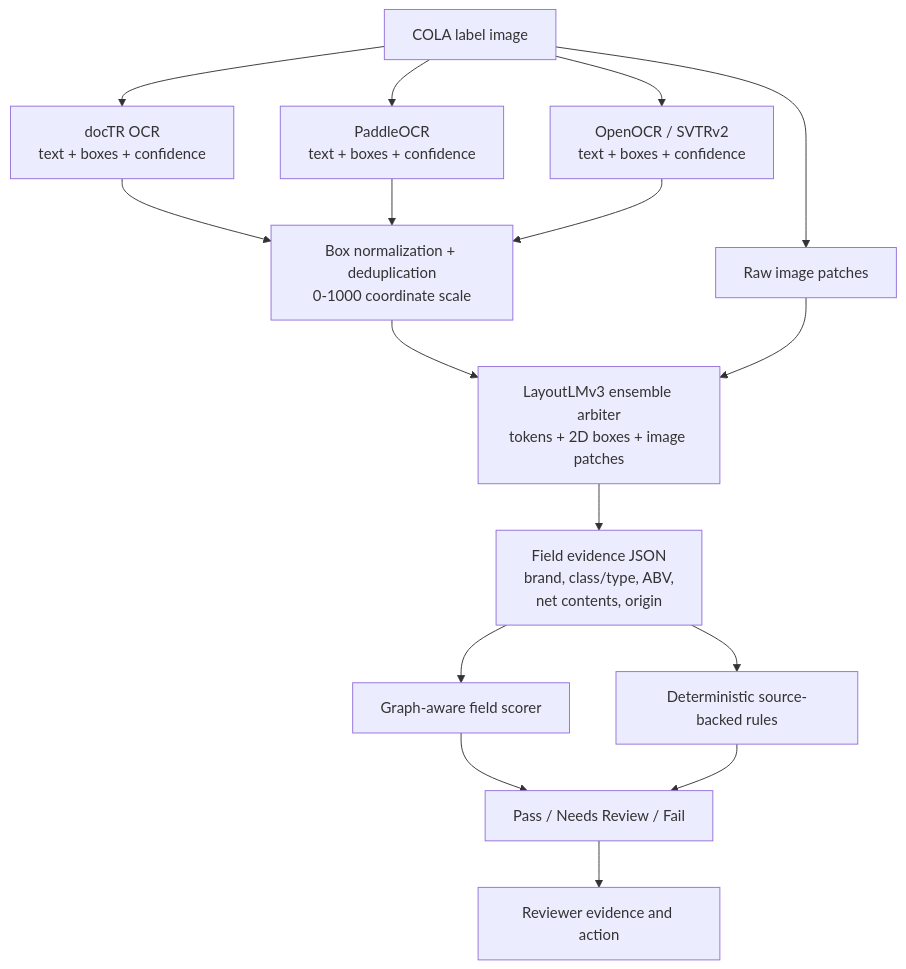
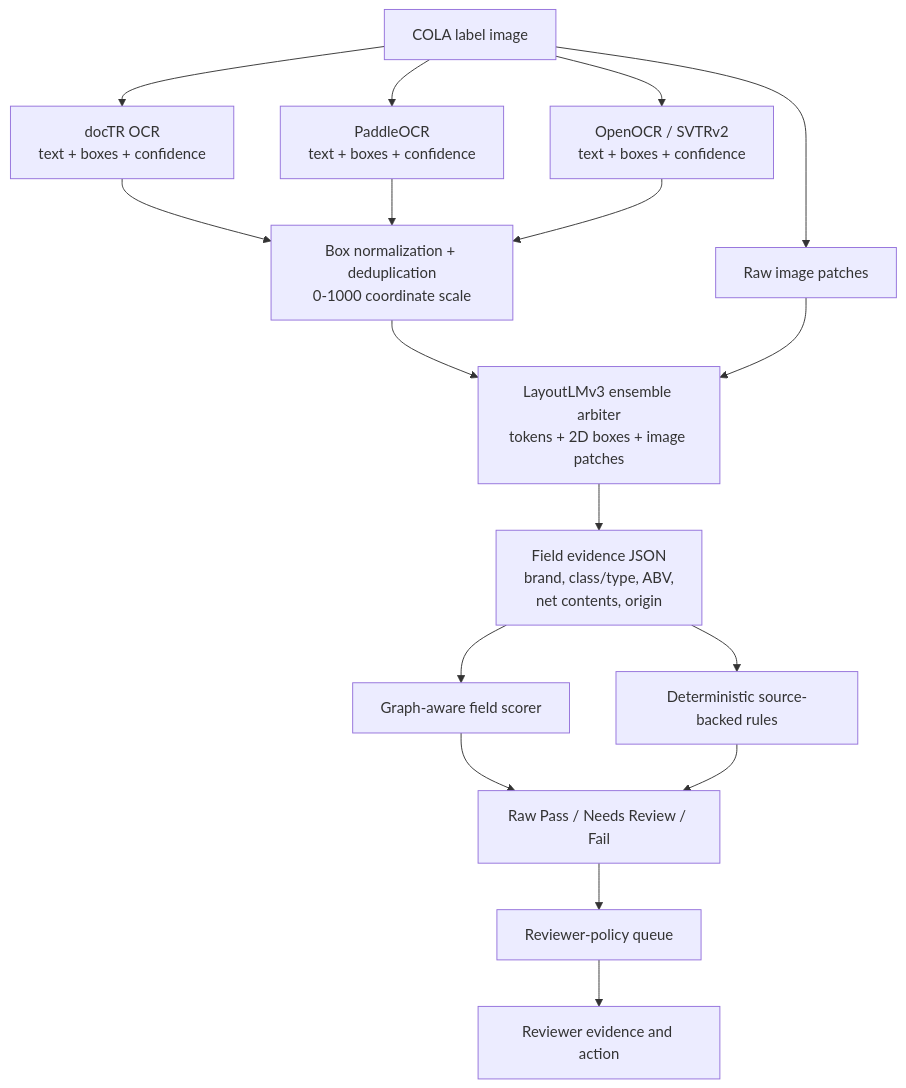
One commit to AaronNHorvitz/Labels-On-Tap changed the first of 2 diagrams in TRADEOFFS.md. Above: the diagram before and after it, drawn with Mermaid. The commit also changed other lines of this file and 19 other files, not shown here.

Commit message:
docs: add reviewer policy routing layer

````diff
--- a/TRADEOFFS.md
+++ b/TRADEOFFS.md
@@ -368,21 +410,22 @@
 ```mermaid
 flowchart TB
     A["COLA label image"] --> B1["docTR OCR<br/>text + boxes + confidence"]
     A --> B2["PaddleOCR<br/>text + boxes + confidence"]
     A --> B3["OpenOCR / SVTRv2<br/>text + boxes + confidence"]
 
     B1 --> C["Box normalization + deduplication<br/>0-1000 coordinate scale"]
     B2 --> C
     B3 --> C
     A --> D["Raw image patches"]
 
     C --> E["LayoutLMv3 ensemble arbiter<br/>tokens + 2D boxes + image patches"]
     D --> E
 
     E --> F["Field evidence JSON<br/>brand, class/type, ABV,<br/>net contents, origin"]
     F --> G["Graph-aware field scorer"]
     F --> H["Deterministic source-backed rules"]
-    G --> I["Pass / Needs Review / Fail"]
+    G --> I["Raw Pass / Needs Review / Fail"]
     H --> I
-    I --> J["Reviewer evidence and action"]
+    I --> J["Reviewer-policy queue"]
+    J --> K["Reviewer evidence and action"]
 ```
````
